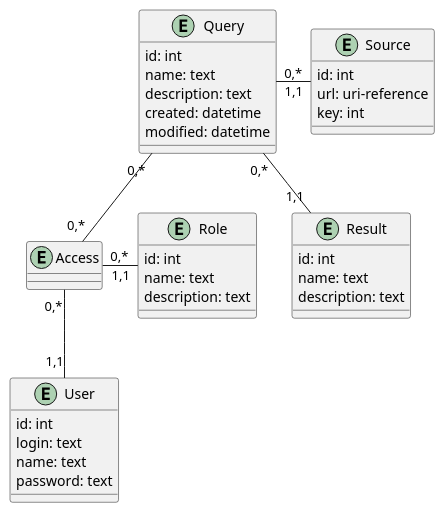
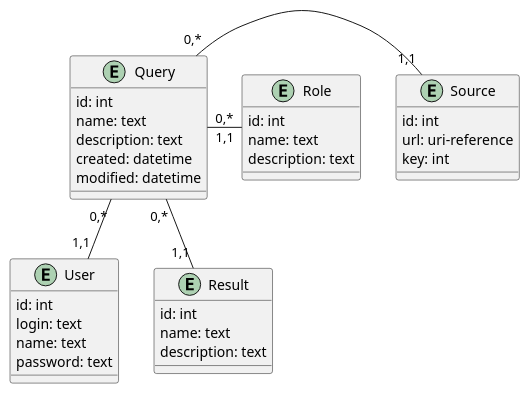
Before and after one commit to mikhmol/media-content-analyze-system: the second of 2 diagrams in docs/design/README.md, drawn with PlantUML. The commit also changed other lines of this file, not shown here.

Commit message:
Deleted entity
Deleted unused entity

```diff
--- a/docs/design/README.md
+++ b/docs/design/README.md
@@ -66,44 +63,41 @@
 @startuml 
 
 entity Query {
   id: int
   name: text
   description: text
   created: datetime
   modified: datetime
   }
 
-entity Access { }
-
 entity User {
-id: int
-login: text
-name: text
-password: text
+  id: int
+  login: text
+  name: text
+  password: text
 }
 
 entity Result {
-id: int
-name: text
-description: text
+  id: int
+  name: text
+  description: text
 }
 
 entity Role {
-id: int
-name: text
-description: text
+  id: int
+  name: text
+  description: text
 }
 
 entity Source {
-id: int
-url: uri-reference
-key: int
+  id: int
+  url: uri-reference
+  key: int
 }
 
-Query "0,*" -d- "0,*" Access 
 Query "0,*" -r- "1,1" Source 
 Query "0,*" -- "1,1" Result 
-User "1,1" -u- "0,*" Access 
-Role "1,1" -l- "0,*" Access
+User "1,1" -u- "0,*" Query 
+Role "1,1" -l- "0,*" Query
 
 @enduml
```
